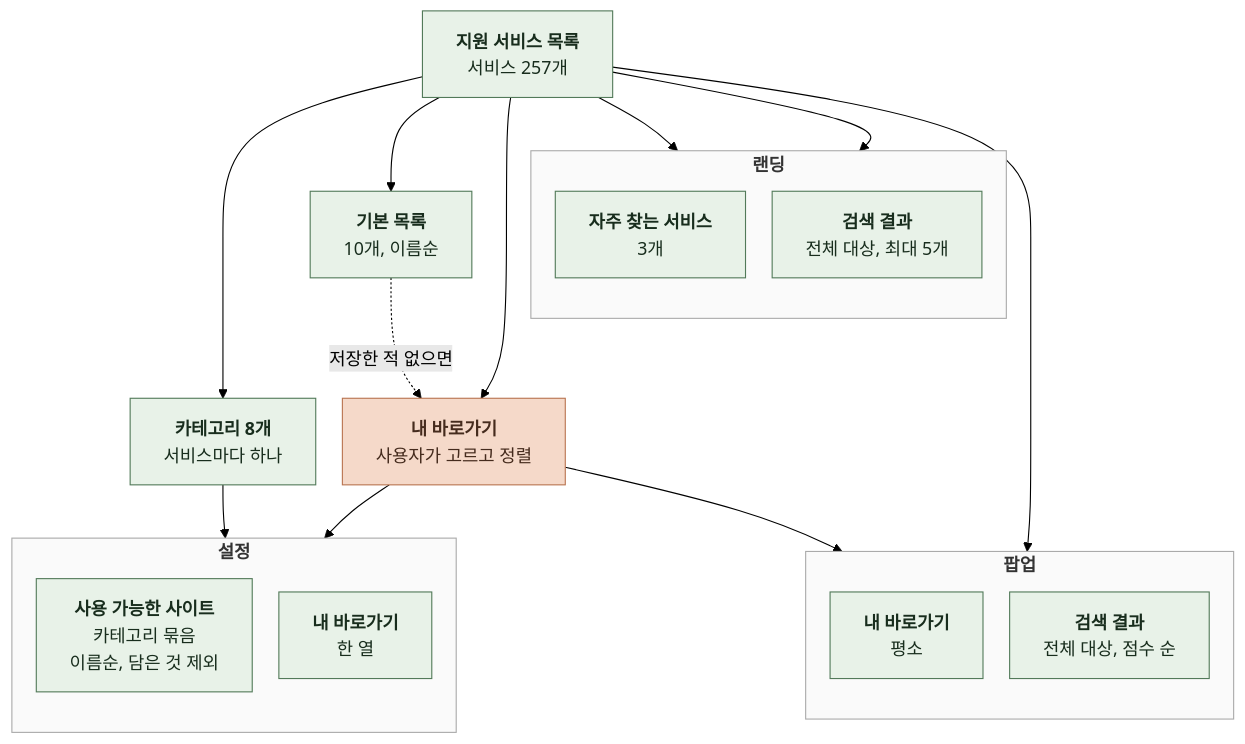
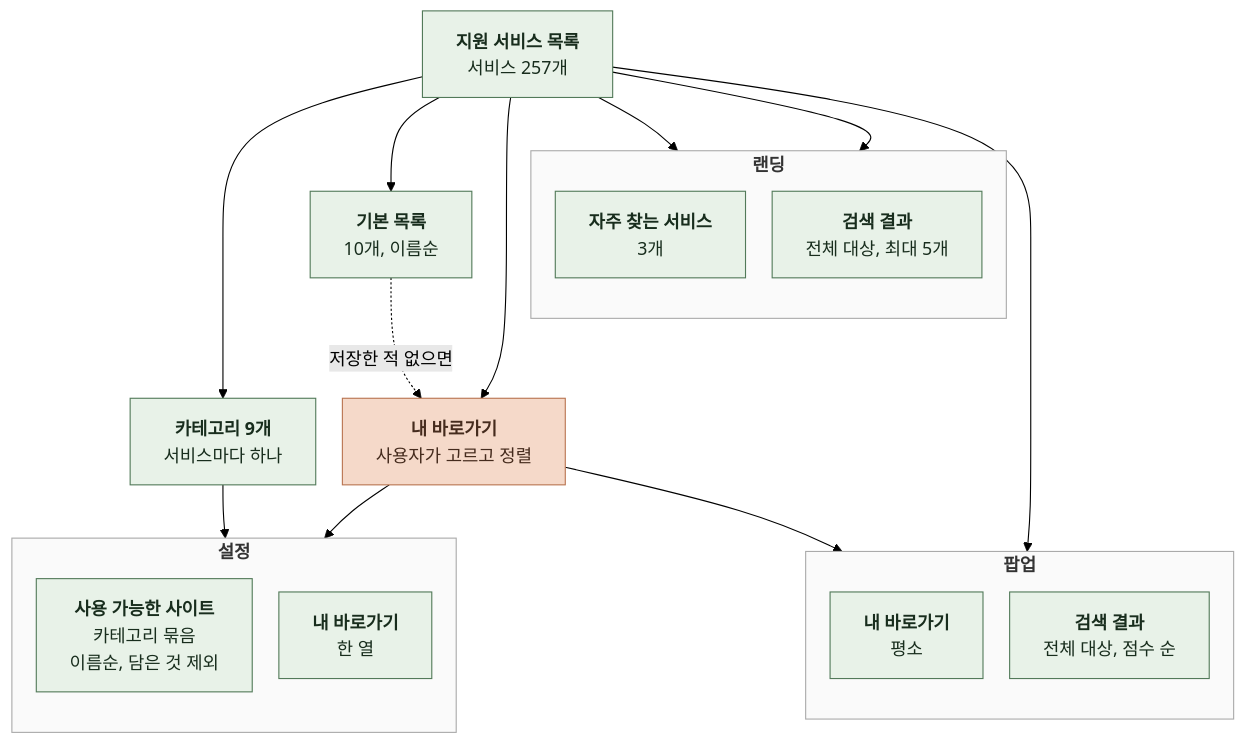
Before and after one commit to kangkyunghyun/LinKHU: the diagram in docs/spec/3-INFORMATION-ARCHITECTURE.md, drawn with Mermaid (forest theme). The commit also changed other lines of this file and 2 other files, not shown here.

````diff
--- a/docs/spec/3-INFORMATION-ARCHITECTURE.md
+++ b/docs/spec/3-INFORMATION-ARCHITECTURE.md
@@ -7,48 +7,48 @@
 ```mermaid
 %%{init: {"flowchart": {"curve": "basis", "nodeSpacing": 24, "rankSpacing": 48}}}%%
 flowchart TB
     D["`**지원 서비스 목록**
 서비스 257개`"]
-    D --> C["`**카테고리 8개**
+    D --> C["`**카테고리 9개**
 서비스마다 하나`"]
     D --> B["`**기본 목록**
 10개, 이름순`"]
     D --> U["`**내 바로가기**
 사용자가 고르고 정렬`"]
     B -.->|"`저장한 적 없으면`"| U
     subgraph P["`**팝업**`"]
         direction TB
         P1["`**내 바로가기**
 평소`"]
         P2["`**검색 결과**
 전체 대상, 점수 순`"]
     end
     subgraph O["`**설정**`"]
         direction TB
         O1["`**사용 가능한 사이트**
 카테고리 묶음
 이름순, 담은 것 제외`"]
         O2["`**내 바로가기**
 한 열`"]
     end
     subgraph L["`**랜딩**`"]
         direction TB
         L1["`**자주 찾는 서비스**
 3개`"]
         L2["`**검색 결과**
 전체 대상, 최대 5개`"]
     end
     U --> P1
     U --> O2
     C --> O1
     D --> P2
     D --> L1
     D --> L2
     classDef comp fill:#E8F2E8,stroke:#527A59,color:#182D1D
     classDef store fill:#F5D9C9,stroke:#B97450,color:#452B1D
     class D,C,B,P1,P2,O1,O2,L1,L2 comp
     class U store
     style P fill:#FAFAFA,stroke:#AAAAAA
     style O fill:#FAFAFA,stroke:#AAAAAA
     style L fill:#FAFAFA,stroke:#AAAAAA
 ```
````
